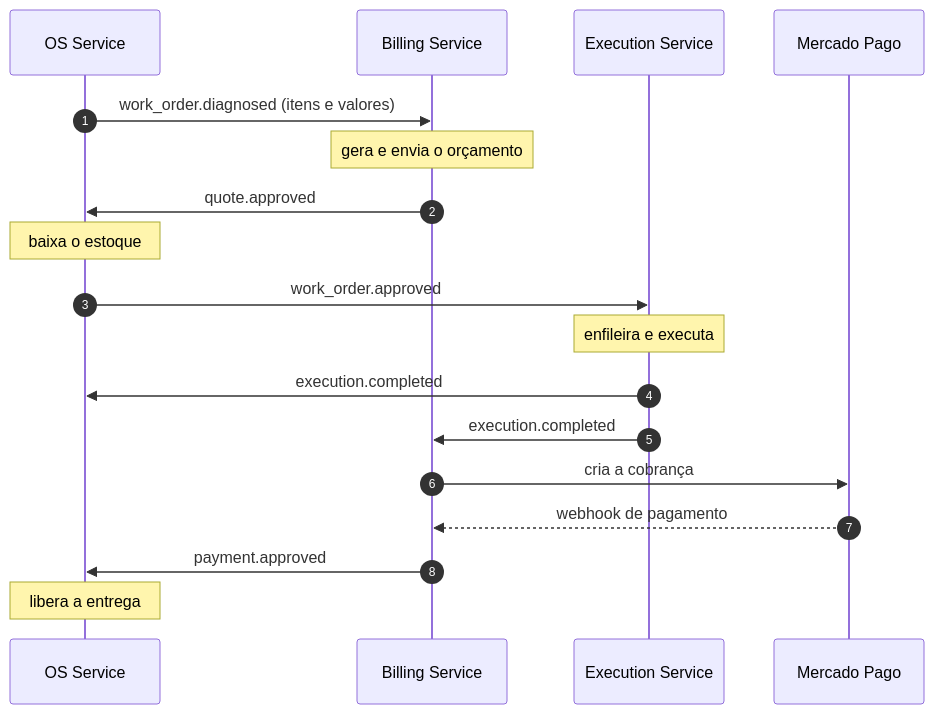
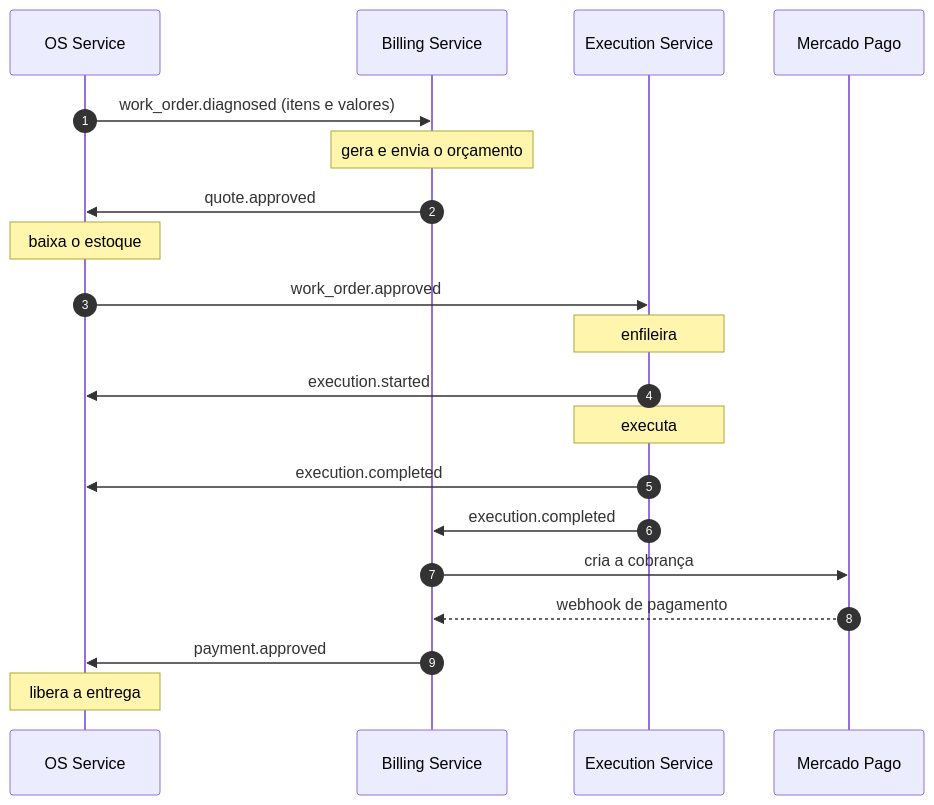
One commit to FIAP-15SOAT-GabrielHelton/os-service changed the diagram in docs/fase4/RFC-005-microsservicos-e-saga.md. Above: the diagram before and after it, drawn with Mermaid. The commit also changed other lines of this file, not shown here.

````diff
--- a/docs/fase4/RFC-005-microsservicos-e-saga.md
+++ b/docs/fase4/RFC-005-microsservicos-e-saga.md
@@ -30,21 +32,23 @@
 ```mermaid
 sequenceDiagram
     autonumber
     participant OS as OS Service
     participant B as Billing Service
     participant E as Execution Service
     participant MP as Mercado Pago
 
     OS->>B: work_order.diagnosed (itens e valores)
     Note over B: gera e envia o orçamento
     B->>OS: quote.approved
     Note over OS: baixa o estoque
     OS->>E: work_order.approved
-    Note over E: enfileira e executa
+    Note over E: enfileira
+    E->>OS: execution.started
+    Note over E: executa
     E->>OS: execution.completed
     E->>B: execution.completed
     B->>MP: cria a cobrança
     MP-->>B: webhook de pagamento
     B->>OS: payment.approved
     Note over OS: libera a entrega
 ```
````
